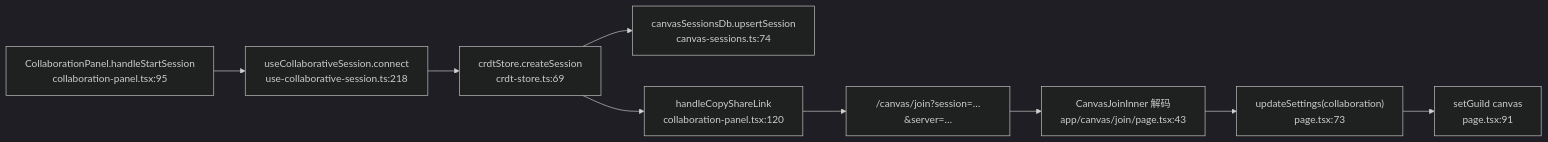
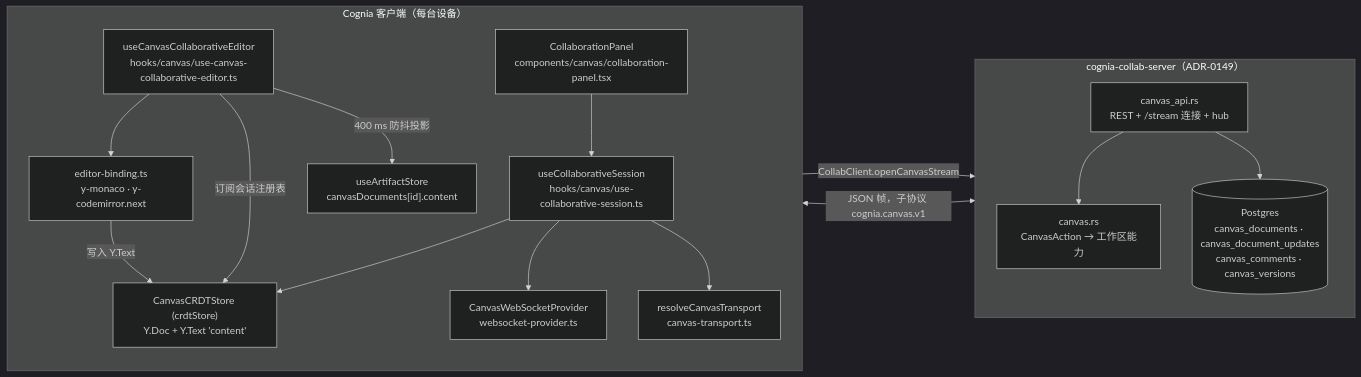
Before and after one commit to MaxQian888/cognia-next: the first of 2 diagrams in docs/content/docs/zh/subsystems/canvas/collaboration.mdx, drawn with Mermaid (dark theme). The commit also changed other lines of this file and 4 other files, not shown here.

First line of the commit message:
docs: rewrite the sync-system and canvas collaboration pages from current code

````diff
--- a/docs/content/docs/zh/subsystems/canvas/collaboration.mdx
+++ b/docs/content/docs/zh/subsystems/canvas/collaboration.mdx
@@ -96,15 +30,34 @@
 ```mermaid
 flowchart LR
-  START["CollaborationPanel.handleStartSession<br/>collaboration-panel.tsx:95"]
-  CONNECT["useCollaborativeSession.connect<br/>use-collaborative-session.ts:218"]
-  CREATE["crdtStore.createSession<br/>crdt-store.ts:69"]
-  PERSIST["canvasSessionsDb.upsertSession<br/>canvas-sessions.ts:74"]
-  SHARE["handleCopyShareLink<br/>collaboration-panel.tsx:120"]
-  URL["/canvas/join?session=…&server=…"]
-  JOIN["CanvasJoinInner 解码<br/>app/canvas/join/page.tsx:43"]
-  SETTINGS["updateSettings(collaboration)<br/>page.tsx:73"]
-  GUILD["setGuild canvas<br/>page.tsx:91"]
+  subgraph Client["Cognia 客户端（每台设备）"]
+    direction TB
+    Panel["CollaborationPanel<br/>components/canvas/collaboration-panel.tsx"]
+    Session["useCollaborativeSession<br/>hooks/canvas/use-collaborative-session.ts"]
+    Store["CanvasCRDTStore (crdtStore)<br/>Y.Doc + Y.Text 'content'"]
+    EditorHook["useCanvasCollaborativeEditor<br/>hooks/canvas/use-canvas-collaborative-editor.ts"]
+    Binding["editor-binding.ts<br/>y-monaco · y-codemirror.next"]
+    Provider["CanvasWebSocketProvider<br/>websocket-provider.ts"]
+    Transport["resolveCanvasTransport<br/>canvas-transport.ts"]
+    Artifact["useArtifactStore<br/>canvasDocuments[id].content"]
+  end
 
-  START --> CONNECT --> CREATE --> PERSIST
-  CREATE --> SHARE --> URL --> JOIN --> SETTINGS --> GUILD
+  subgraph Plane["cognia-collab-server（ADR-0149）"]
+    direction TB
+    Api["canvas_api.rs<br/>REST + /stream 连接 + hub"]
+    Caps["canvas.rs<br/>CanvasAction → 工作区能力"]
+    PG[("Postgres<br/>canvas_documents · canvas_document_updates<br/>canvas_comments · canvas_versions")]
+  end
+
+  Panel --> Session
+  Session --> Store
+  Session --> Provider
+  Session --> Transport
+  EditorHook -- "订阅会话注册表" --> Store
+  EditorHook --> Binding
+  Binding -- "写入 Y.Text" --> Store
+  EditorHook -- "400 ms 防抖投影" --> Artifact
+  Transport -- "CollabClient.openCanvasStream" --> Api
+  Provider <-- "JSON 帧，子协议 cognia.canvas.v1" --> Api
+  Api --> Caps
+  Api --> PG
 ```
````
